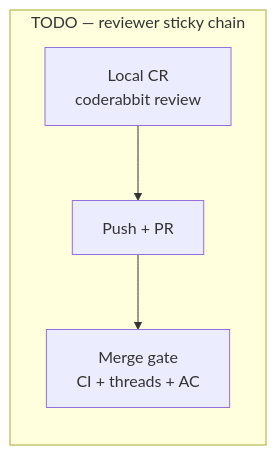
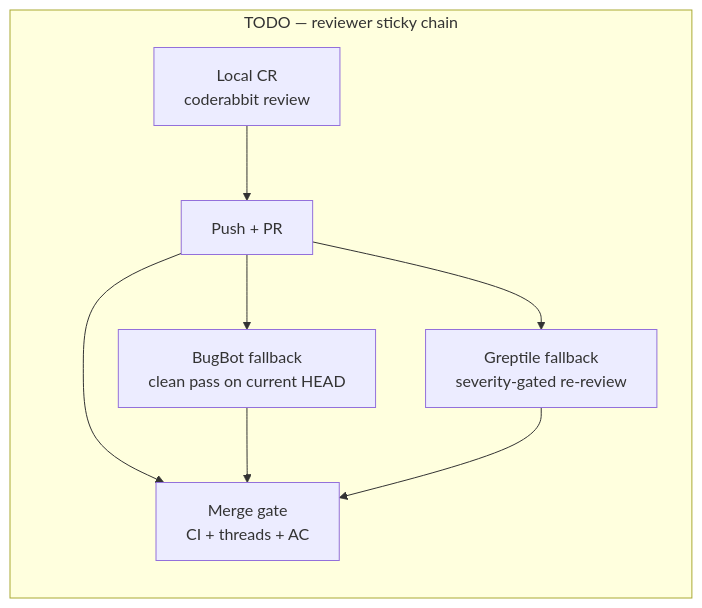
The diagram in .claude/reference/diagrams/review-merge-pipeline.md (auerbachb/claude-code-config), drawn with Mermaid before and after one commit. The commit also changed 3 other files, not shown here.

````diff
--- a/.claude/reference/diagrams/review-merge-pipeline.md
+++ b/.claude/reference/diagrams/review-merge-pipeline.md
@@ -5,9 +5,13 @@
 ```mermaid
 flowchart LR
   subgraph TODO["TODO — reviewer sticky chain"]
     L["Local CR<br/>coderabbit review"]
     P["Push + PR"]
+    B["BugBot fallback<br/>clean pass on current HEAD"]
+    X["Greptile fallback<br/>severity-gated re-review"]
     G["Merge gate<br/>CI + threads + AC"]
   end
   L --> P --> G
+  P --> B --> G
+  P --> X --> G
 ```
````
